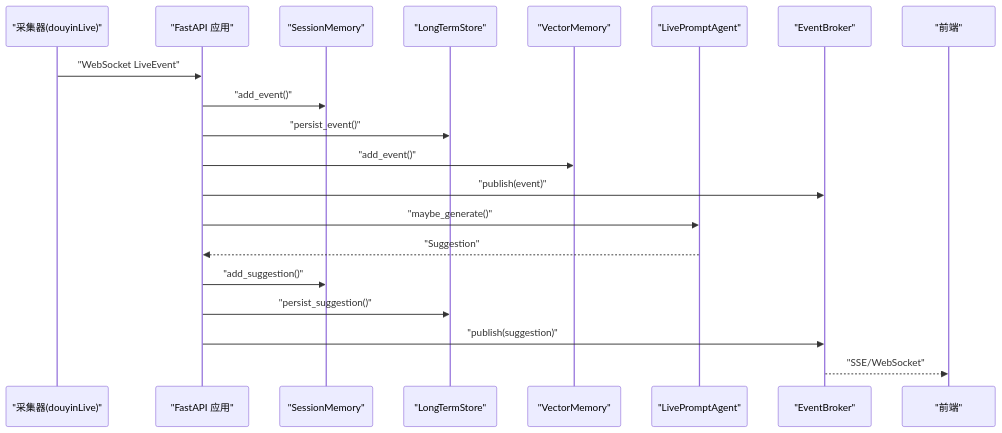
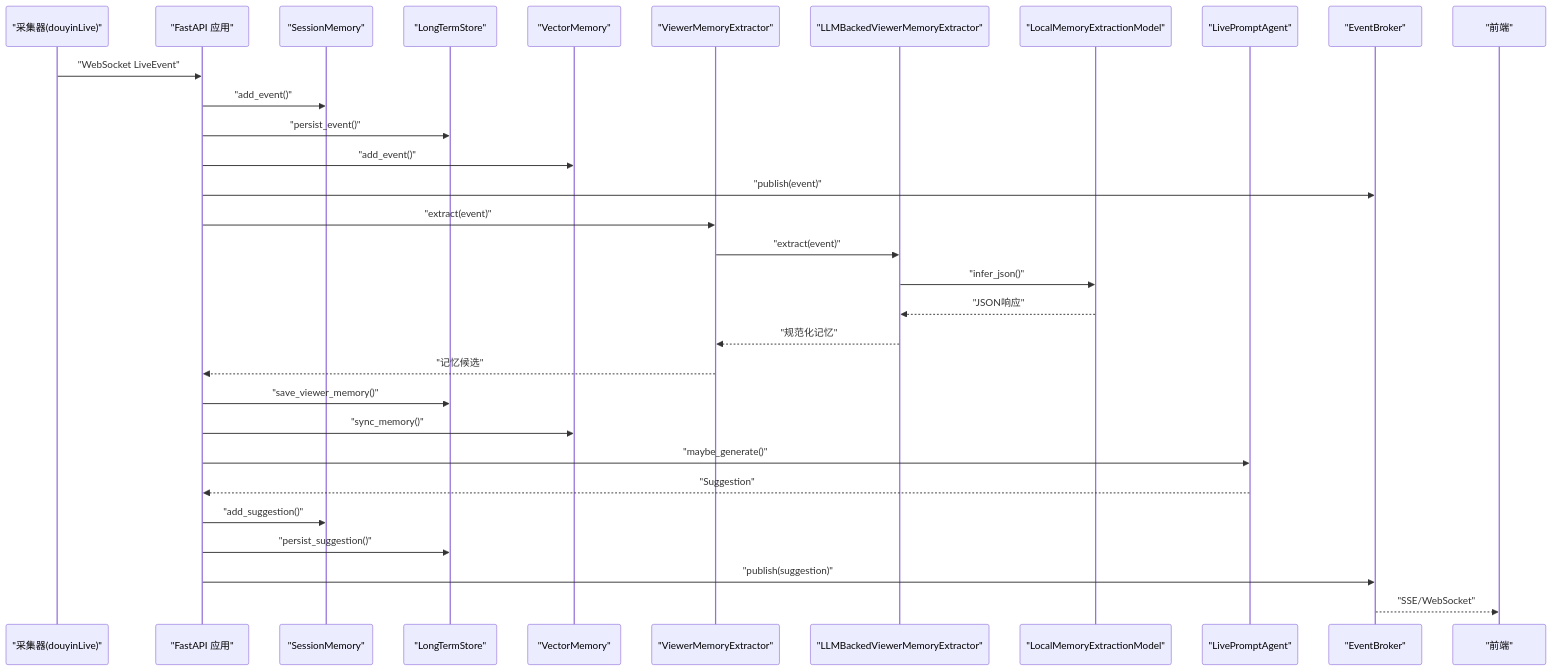
The second of 8 diagrams in .qoder/repowiki/zh/content/后端服务/后端服务.md (Moon-Force/DouYin_llm), drawn with Mermaid before and after one commit. The commit also changed other lines of this file and 35 other files, not shown here.

Commit message:
feat: finalize ollama memory extraction evaluation

````diff
--- a/.qoder/repowiki/zh/content/后端服务/后端服务.md
+++ b/.qoder/repowiki/zh/content/后端服务/后端服务.md
@@ -127,22 +135,33 @@
 ```mermaid
 sequenceDiagram
 participant Tool as "采集器(douyinLive)"
 participant API as "FastAPI 应用"
 participant SM as "SessionMemory"
 participant LTS as "LongTermStore"
 participant VEC as "VectorMemory"
+participant MEX as "ViewerMemoryExtractor"
+participant LMX as "LLMBackedViewerMemoryExtractor"
+participant LMM as "LocalMemoryExtractionModel"
 participant AGN as "LivePromptAgent"
 participant BR as "EventBroker"
 participant FE as "前端"
 Tool->>API : "WebSocket LiveEvent"
 API->>SM : "add_event()"
 API->>LTS : "persist_event()"
 API->>VEC : "add_event()"
 API->>BR : "publish(event)"
+API->>MEX : "extract(event)"
+MEX->>LMX : "extract(event)"
+LMX->>LMM : "infer_json()"
+LMM-->>LMX : "JSON响应"
+LMX-->>MEX : "规范化记忆"
+MEX-->>API : "记忆候选"
+API->>LTS : "save_viewer_memory()"
+API->>VEC : "sync_memory()"
 API->>AGN : "maybe_generate()"
 AGN-->>API : "Suggestion"
 API->>SM : "add_suggestion()"
 API->>LTS : "persist_suggestion()"
 API->>BR : "publish(suggestion)"
 BR-->>FE : "SSE/WebSocket"
 ```
````
